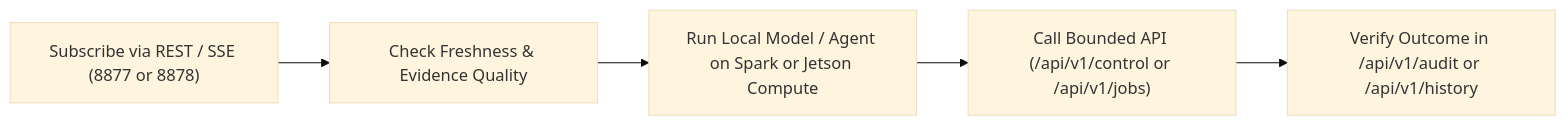
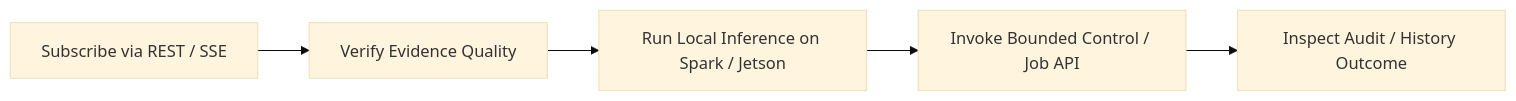
The diagram in docs/ai-customization.md (HKUOpenSource/OpenAirKit), drawn with Mermaid (base theme) before and after one commit. The commit also changed other lines of this file and 48 other files, not shown here.

````diff
--- a/docs/ai-customization.md
+++ b/docs/ai-customization.md
@@ -73,7 +39,7 @@
 ```mermaid
 flowchart LR
-  OBS["Subscribe via REST / SSE (8877 or 8878)"] --> VAL["Check Freshness & Evidence Quality"]
-  VAL --> INF["Run Local Model / Agent on Spark or Jetson Compute"]
-  INF --> ACT["Call Bounded API (/api/v1/control or /api/v1/jobs)"]
-  ACT --> AUD["Verify Outcome in /api/v1/audit or /api/v1/history"]
+  OBS["Subscribe via REST / SSE"] --> VAL["Verify Evidence Quality"]
+  VAL --> INF["Run Local Inference on Spark / Jetson"]
+  INF --> ACT["Invoke Bounded Control / Job API"]
+  ACT --> AUD["Inspect Audit / History Outcome"]
 ```
````
